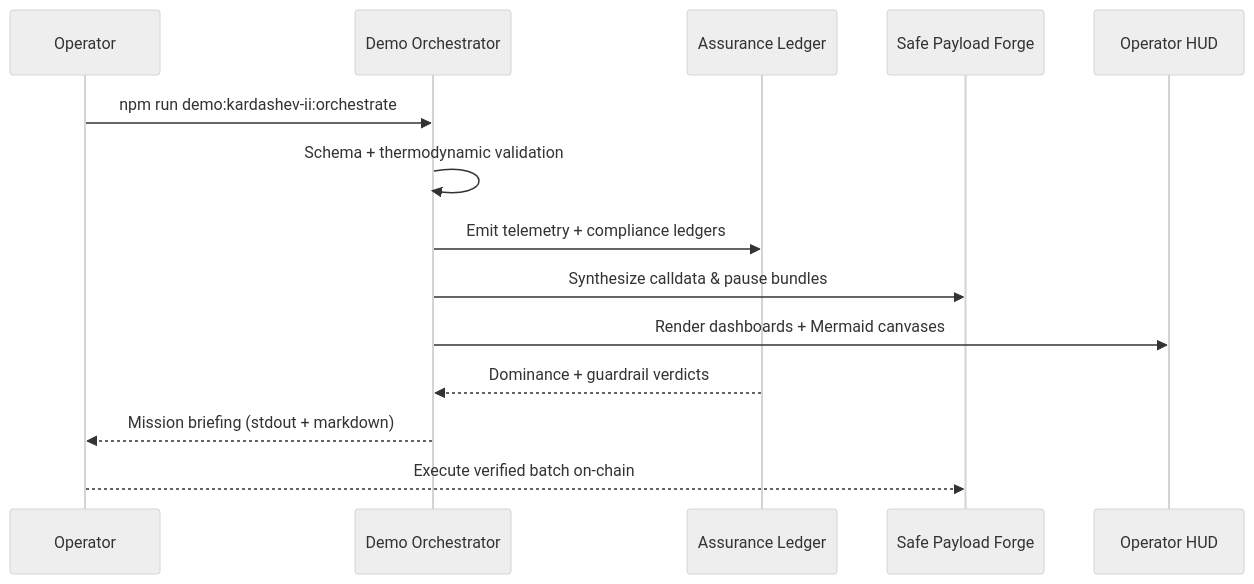
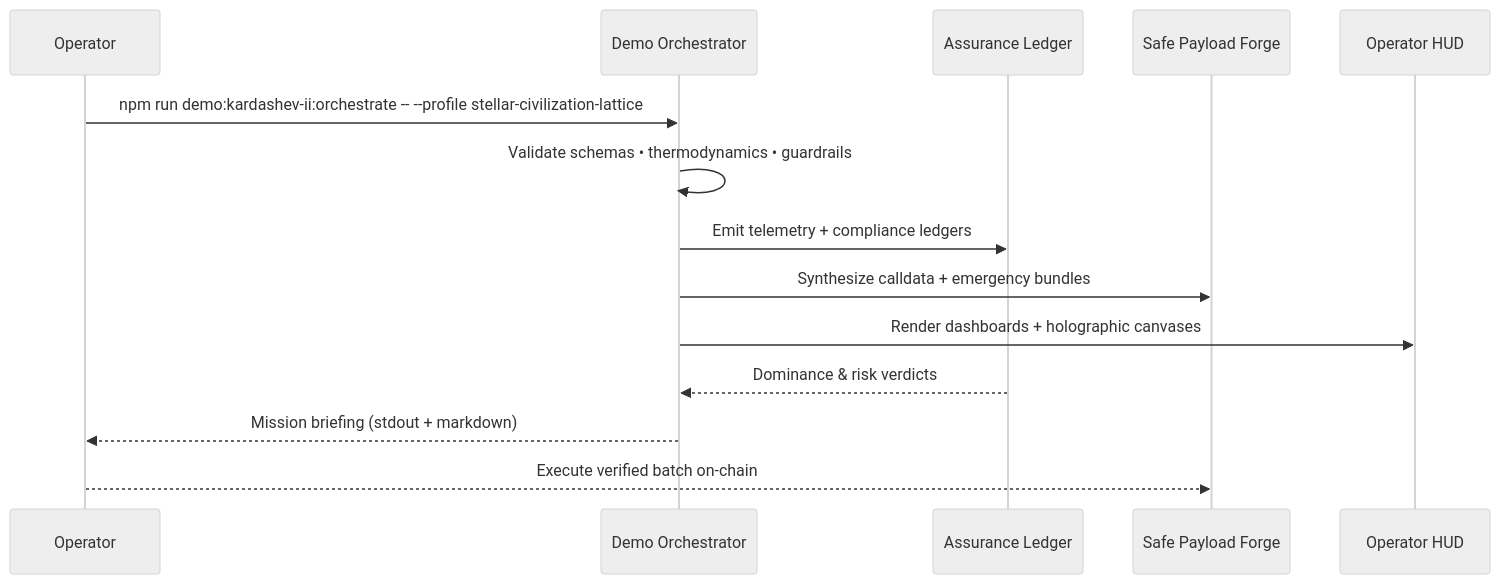
The third of 3 diagrams in docs/AGI-Operator-Quickstart.md (MontrealAI/AGIJobsv0), drawn with Mermaid (neutral theme) before and after one commit. The commit also changed other lines of this file, not shown here.

Commit message:
docs: refresh operator quickstart for v2 demos

````diff
--- a/docs/AGI-Operator-Quickstart.md
+++ b/docs/AGI-Operator-Quickstart.md
@@ -165,16 +182,16 @@
 ```mermaid
 sequenceDiagram
   participant Operator
   participant DemoCLI as Demo Orchestrator
   participant Ledger as Assurance Ledger
   participant Safe as Safe Payload Forge
   participant HUD as Operator HUD
-  Operator->>DemoCLI: npm run demo:kardashev-ii:orchestrate
-  DemoCLI->>DemoCLI: Schema + thermodynamic validation
+  Operator->>DemoCLI: npm run demo:kardashev-ii:orchestrate -- --profile stellar-civilization-lattice
+  DemoCLI->>DemoCLI: Validate schemas • thermodynamics • guardrails
   DemoCLI->>Ledger: Emit telemetry + compliance ledgers
-  DemoCLI->>Safe: Synthesize calldata & pause bundles
-  DemoCLI->>HUD: Render dashboards + Mermaid canvases
-  Ledger-->>DemoCLI: Dominance + guardrail verdicts
+  DemoCLI->>Safe: Synthesize calldata + emergency bundles
+  DemoCLI->>HUD: Render dashboards + holographic canvases
+  Ledger-->>DemoCLI: Dominance & risk verdicts
   DemoCLI-->>Operator: Mission briefing (stdout + markdown)
   Operator-->>Safe: Execute verified batch on-chain
 ```
````
